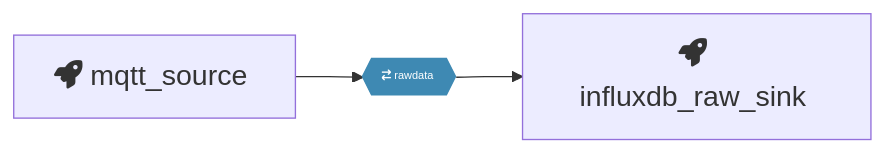
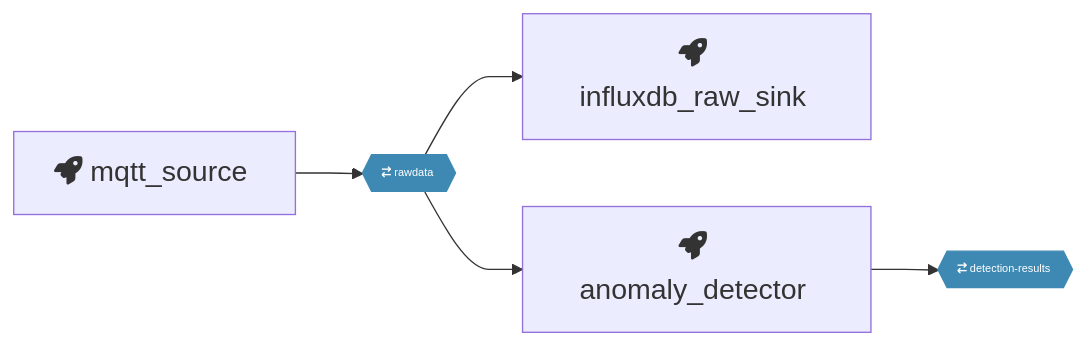
Before and after one commit to stereosky/quix-anomaly-detection-example: the diagram in pipeline.md, drawn with Mermaid. The commit also changed 7 other files, not shown here.

Commit message:
Update anomaly detection

````diff
--- a/pipeline.md
+++ b/pipeline.md
@@ -1,13 +1,15 @@
 ```mermaid
 %%{ init: { 'flowchart': { 'curve': 'monotoneX' } } }%%
 graph LR;
 rawdata{{ fa:fa-arrow-right-arrow-left rawdata &#8205}}:::topic --> influxdb_raw_sink[fa:fa-rocket influxdb_raw_sink &#8205];
 mqtt_source[fa:fa-rocket mqtt_source &#8205] --> rawdata{{ fa:fa-arrow-right-arrow-left rawdata &#8205}}:::topic;
+rawdata{{ fa:fa-arrow-right-arrow-left rawdata &#8205}}:::topic --> anomaly_detector[fa:fa-rocket anomaly_detector &#8205];
+anomaly_detector[fa:fa-rocket anomaly_detector &#8205] --> detection-results{{ fa:fa-arrow-right-arrow-left detection-results &#8205}}:::topic;
 
 
 classDef default font-size:110%;
 classDef topic font-size:80%;
 classDef topic fill:#3E89B3;
 classDef topic stroke:#3E89B3;
 classDef topic color:white;
 ```
````
